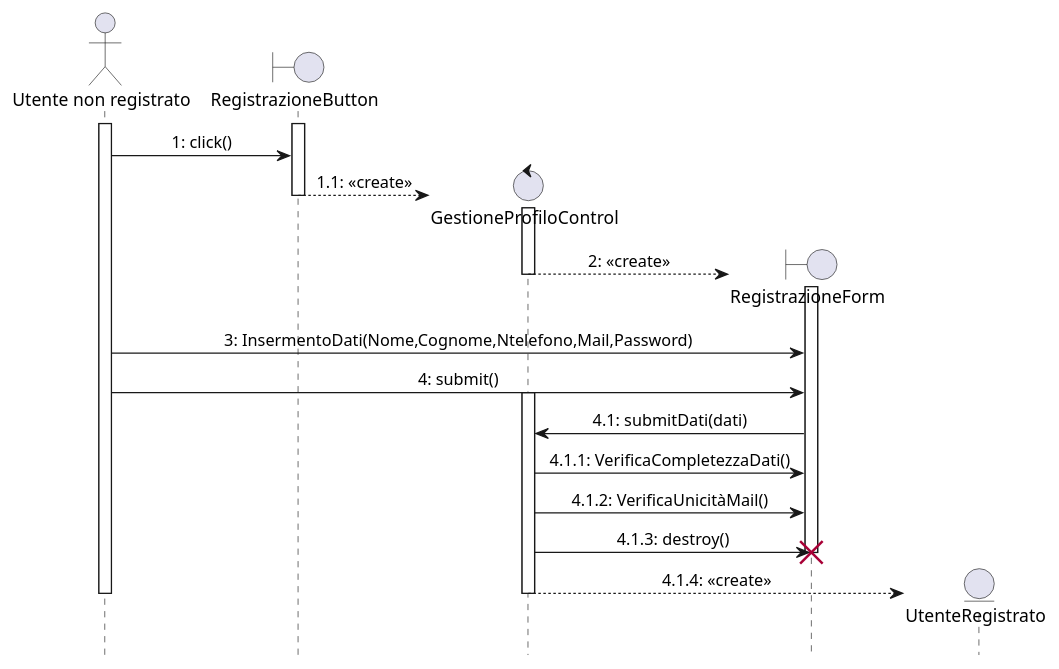
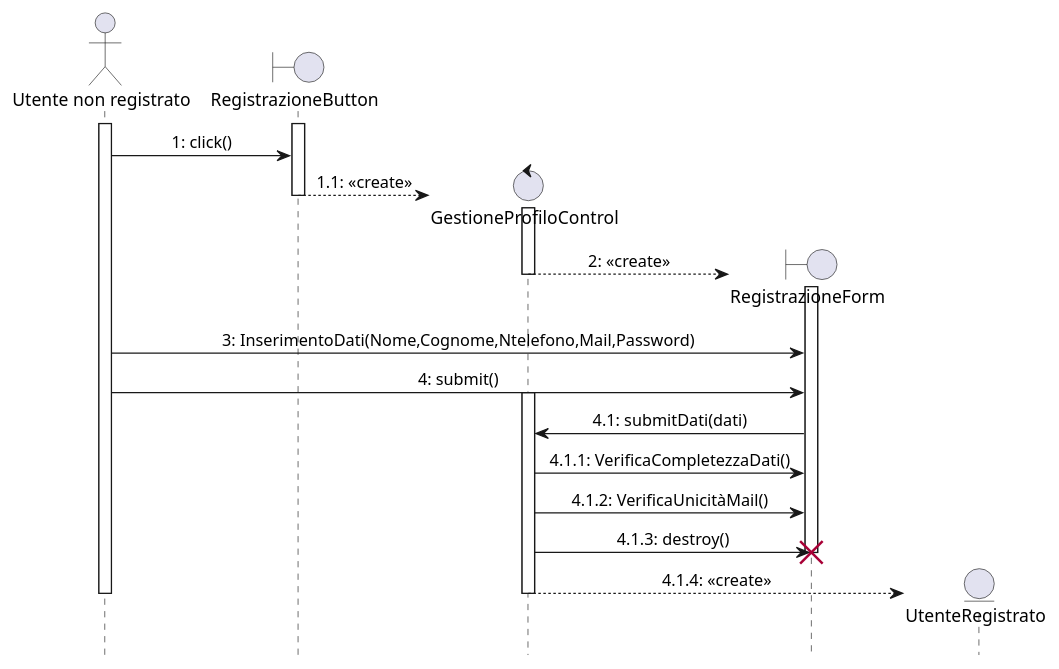
The diagram in docs/models/plantuml/33-sd-gu-01-sdl.puml (carlastefy/OUTLY), drawn with PlantUML before and after one commit.

Commit message:
Fix typo in InserimentoDati function call

```diff
--- a/docs/models/plantuml/33-sd-gu-01-sdl.puml
+++ b/docs/models/plantuml/33-sd-gu-01-sdl.puml
@@ -1,55 +1,55 @@
 @startuml
 ' Generated from native mxGraph cells; do not use stale embedded metadata.
 hide footbox
 skinparam shadowing false
 skinparam sequenceMessageAlign center
 skinparam guillemet false
 actor "Utente non registrato" as p0
 boundary "RegistrazioneButton" as p1
 control "GestioneProfiloControl" as p2
 boundary "RegistrazioneForm" as p3
 entity "UtenteRegistrato" as p4
 ||1||
 activate p0
 ||1||
 activate p1
 ' cell=nzaMuV3CJE9FYRndx9zX-9; absolute_y=327.800000
 p0 -> p1 : 1: click()
 create p2
 ' cell=nzaMuV3CJE9FYRndx9zX-63; absolute_y=350.000000
 p1 --> p2 : 1.1: «create»
 ||1||
 deactivate p1
 ||1||
 activate p2
 create p3
 ' cell=nzaMuV3CJE9FYRndx9zX-12; absolute_y=412.000000
 p2 --> p3 : 2: «create»
 ||1||
 activate p3
 ||1||
 deactivate p2
 ' cell=nzaMuV3CJE9FYRndx9zX-8; absolute_y=450.000000
-p0 -> p3 : 3: InsermentoDati(Nome,Cognome,Ntelefono,Mail,Password)
+p0 -> p3 : 3: InserimentoDati(Nome,Cognome,Ntelefono,Mail,Password)
 ' cell=nzaMuV3CJE9FYRndx9zX-66; absolute_y=470.000000
 p0 -> p3 : 4: submit()
 ||1||
 activate p2
 ' cell=nzaMuV3CJE9FYRndx9zX-67; absolute_y=520.000000
 p3 -> p2 : 4.1: submitDati(dati)
 ' cell=7UI0tmtYAwQHwieSqR1m-8; absolute_y=585.000000
 p2 -> p3 : 4.1.1: VerificaCompletezzaDati()
 ' cell=7UI0tmtYAwQHwieSqR1m-10; absolute_y=620.000000
 p2 -> p3 : 4.1.2: VerificaUnicitàMail()
 ' cell=7UI0tmtYAwQHwieSqR1m-4; absolute_y=710.000000
 p2 -> p3 : 4.1.3: destroy()
 ||1||
 destroy p3
 create p4
 ' cell=nzaMuV3CJE9FYRndx9zX-74; absolute_y=743.000000
 p2 --> p4 : 4.1.4: «create»
 ||1||
 deactivate p2
 ||1||
 deactivate p0
 @enduml
```
